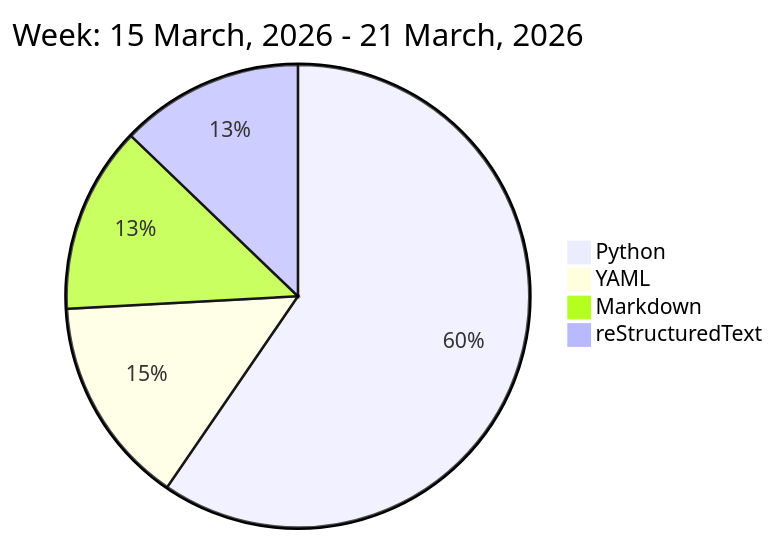
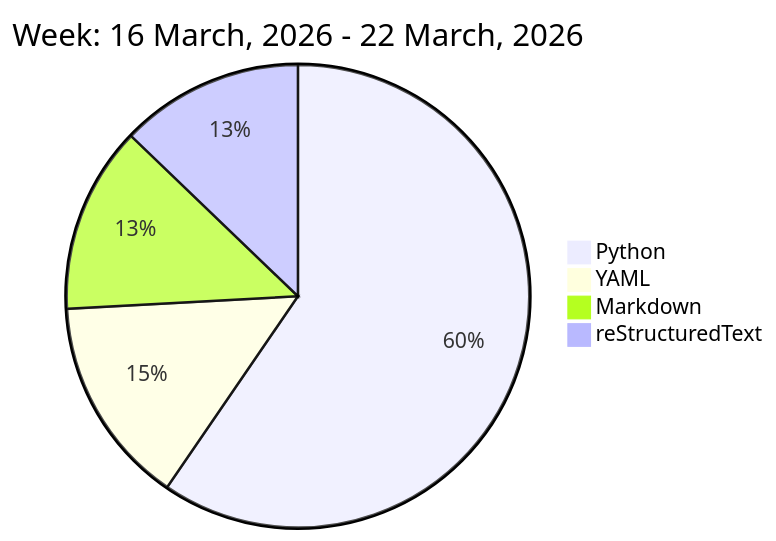
One commit to liubin95/liubin95 changed the diagram in README.md. Above: the diagram before and after it, drawn with Mermaid.

Commit message:
Updated the Graph with new Metrics

````diff
--- a/README.md
+++ b/README.md
@@ -32,8 +32,8 @@
 ```mermaid
  pie
-title Week: 15 March, 2026 - 21 March, 2026
+title Week: 16 March, 2026 - 22 March, 2026
  "Python" : 12.87
  "YAML" : 3.15
  "Markdown" : 2.82
  "reStructuredText" : 2.77
 ```
````
